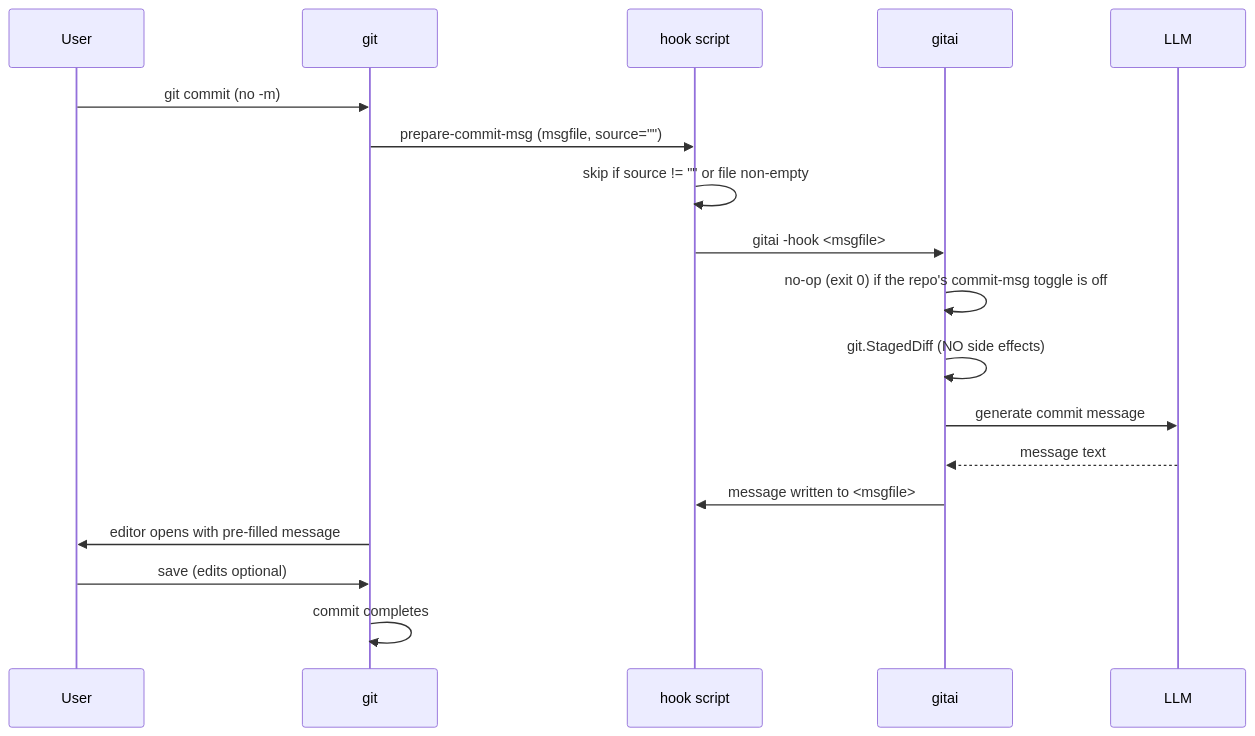
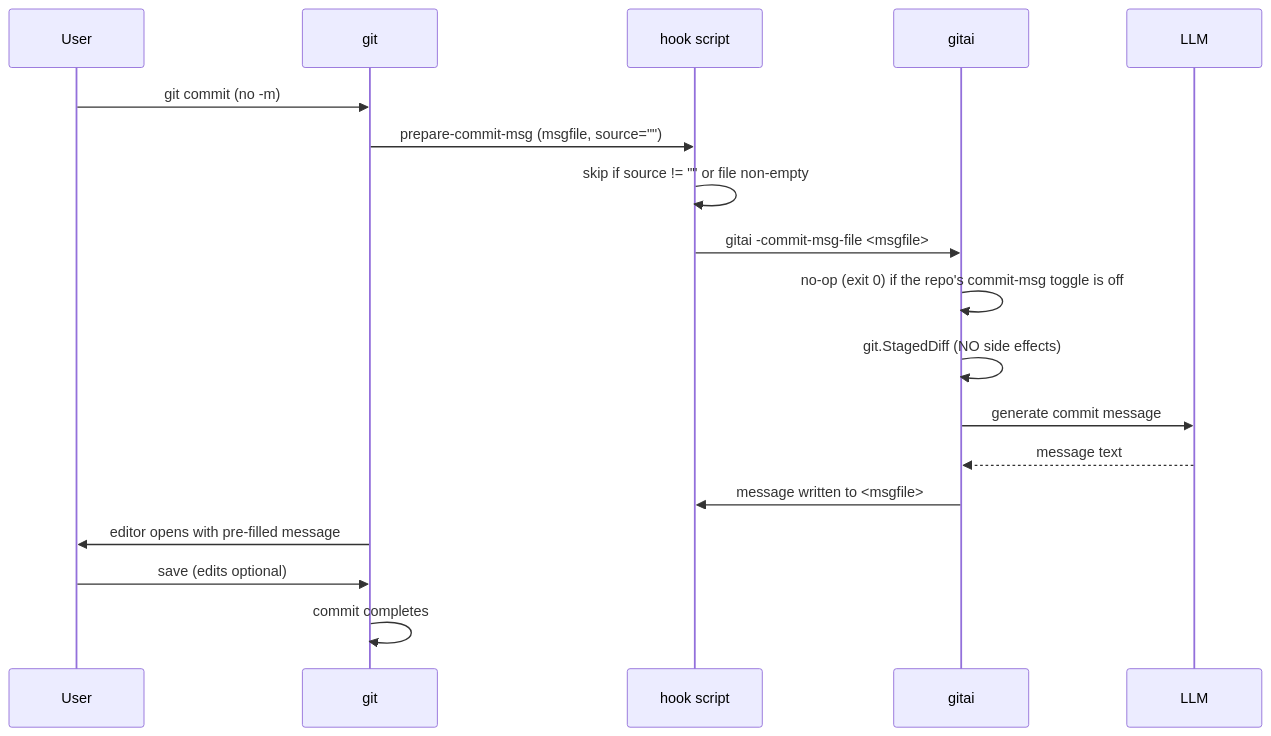
The diagram in docs/prepare-commit-msg-hook.md (parth-nformis/gitai), drawn with Mermaid before and after one commit. The commit also changed other lines of this file and 8 other files, not shown here.

````diff
--- a/docs/prepare-commit-msg-hook.md
+++ b/docs/prepare-commit-msg-hook.md
@@ -37,21 +37,21 @@
 ```mermaid
 sequenceDiagram
     participant U as User
     participant G as git
     participant H as hook script
     participant A as gitai
     participant L as LLM
 
     U->>G: git commit (no -m)
     G->>H: prepare-commit-msg (msgfile, source="")
     H->>H: skip if source != "" or file non-empty
-    H->>A: gitai -hook <msgfile>
+    H->>A: gitai -commit-msg-file <msgfile>
     A->>A: no-op (exit 0) if the repo's commit-msg toggle is off
     A->>A: git.StagedDiff (NO side effects)
     A->>L: generate commit message
     L-->>A: message text
     A->>H: message written to <msgfile>
     G->>U: editor opens with pre-filled message
     U->>G: save (edits optional)
     G->>G: commit completes
 ```
````
